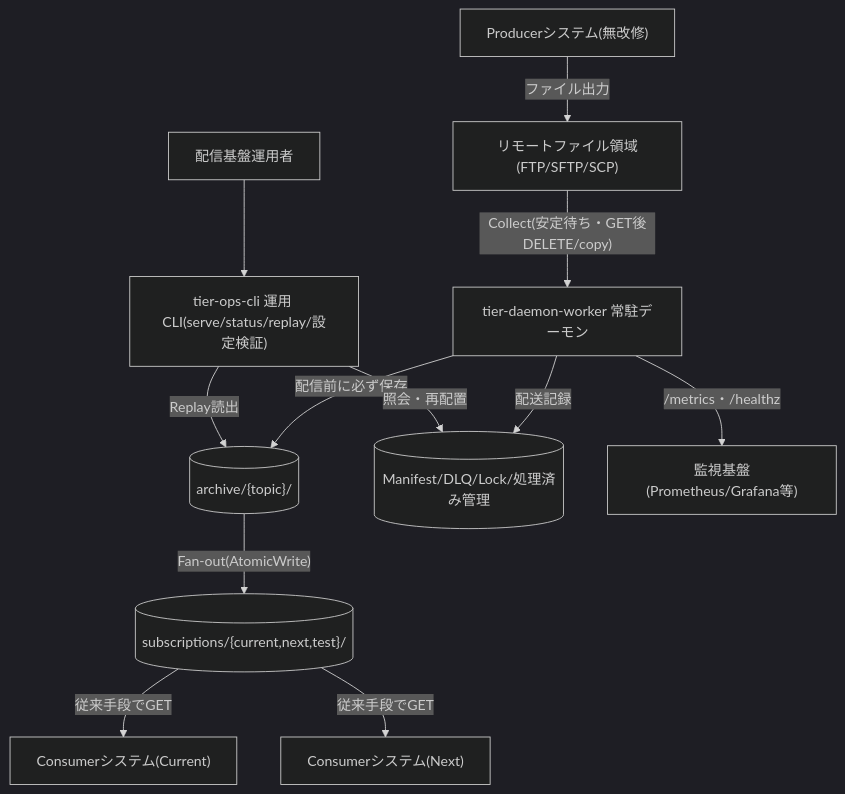
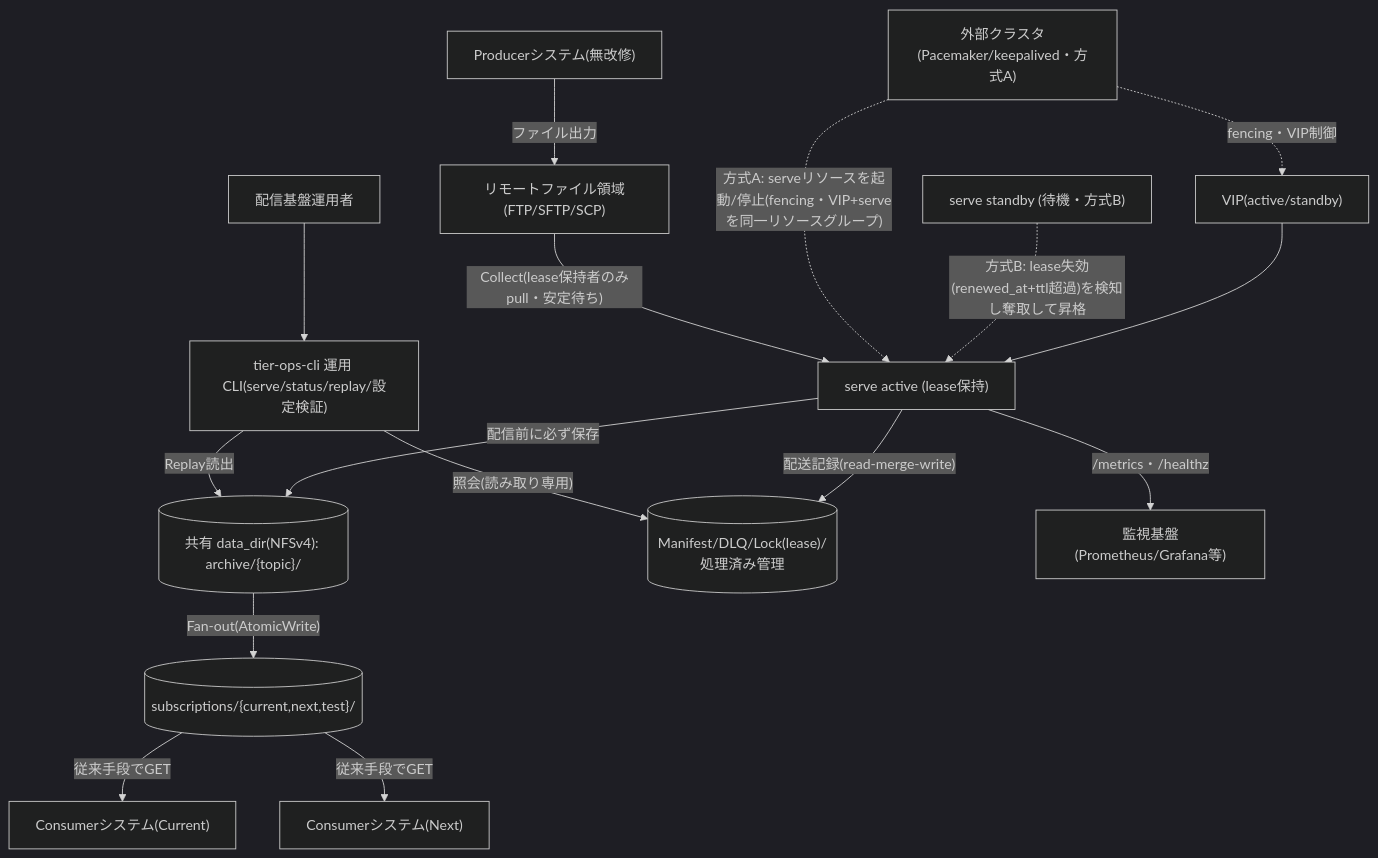
One commit to suwa-sh/file-pubsub changed the first of 4 diagrams in docs/arch/latest/arch-design.md. Above: the diagram before and after it, drawn with Mermaid (dark theme). The commit also changed other lines of this file and 98 other files, not shown here.

First line of the commit message:
feat: 冗長構成(active/standby 自動フェイルオーバー)を追加 (REQ-015〜018) (#14)

````diff
--- a/docs/arch/latest/arch-design.md
+++ b/docs/arch/latest/arch-design.md
@@ -18,14 +18,18 @@
 ```mermaid
 graph TD
 PROD["Producerシステム(無改修)"] -->|"ファイル出力"| REMOTE["リモートファイル領域(FTP/SFTP/SCP)"]
-REMOTE -->|"Collect(安定待ち・GET後DELETE/copy)"| DAEMON["tier-daemon-worker 常駐デーモン"]
-DAEMON -->|"配信前に必ず保存"| ARCH[("archive/{topic}/")]
+VIP["VIP(active/standby)"] --> ACT["serve active (lease保持)"]
+STBY["serve standby (待機・方式B)"] -.->|"方式B: lease失効(renewed_at+ttl超過)を検知し奪取して昇格"| ACT
+CLUSTER["外部クラスタ(Pacemaker/keepalived・方式A)"] -.->|"方式A: serveリソースを起動/停止(fencing・VIP+serveを同一リソースグループ)"| ACT
+CLUSTER -.->|"fencing・VIP制御"| VIP
+REMOTE -->|"Collect(lease保持者のみpull・安定待ち)"| ACT
+ACT -->|"配信前に必ず保存"| ARCH[("共有 data_dir(NFSv4): archive/{topic}/")]
 ARCH -->|"Fan-out(AtomicWrite)"| SUBS[("subscriptions/{current,next,test}/")]
 SUBS -->|"従来手段でGET"| CCUR["Consumerシステム(Current)"]
 SUBS -->|"従来手段でGET"| CNXT["Consumerシステム(Next)"]
-DAEMON -->|"配送記録"| MAN[("Manifest/DLQ/Lock/処理済み管理")]
-DAEMON -->|"/metrics・/healthz"| MON["監視基盤(Prometheus/Grafana等)"]
-CLI["tier-ops-cli 運用 CLI(serve/status/replay/設定検証)"] -->|"照会・再配置"| MAN
+ACT -->|"配送記録(read-merge-write)"| MAN[("Manifest/DLQ/Lock(lease)/処理済み管理")]
+ACT -->|"/metrics・/healthz"| MON["監視基盤(Prometheus/Grafana等)"]
+CLI["tier-ops-cli 運用 CLI(serve/status/replay/設定検証)"] -->|"照会(読み取り専用)"| MAN
 CLI -->|"Replay読出"| ARCH
 OPS["配信基盤運用者"] --> CLI
 ```
````
